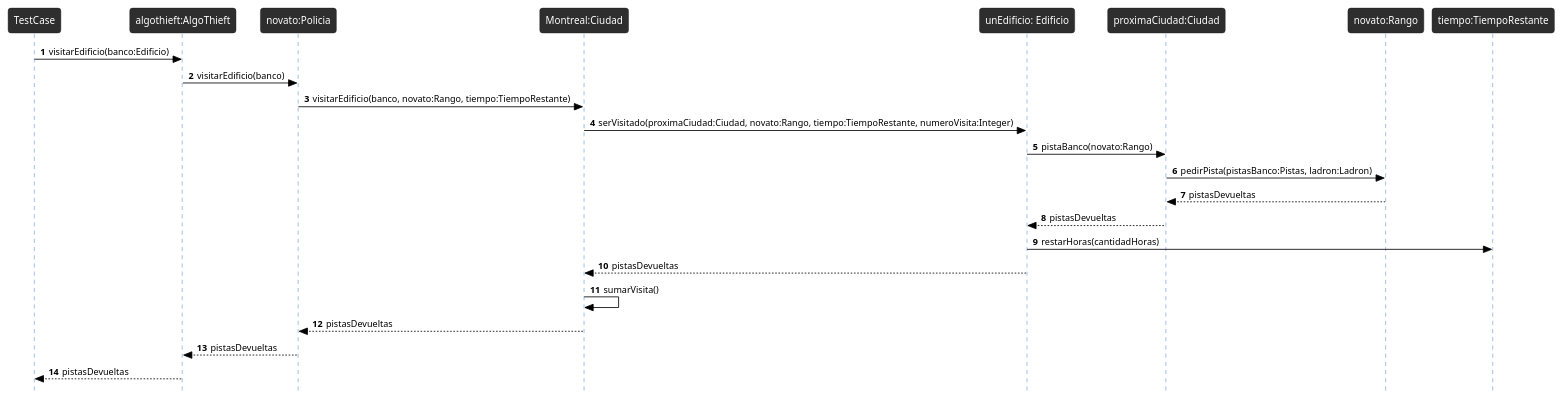
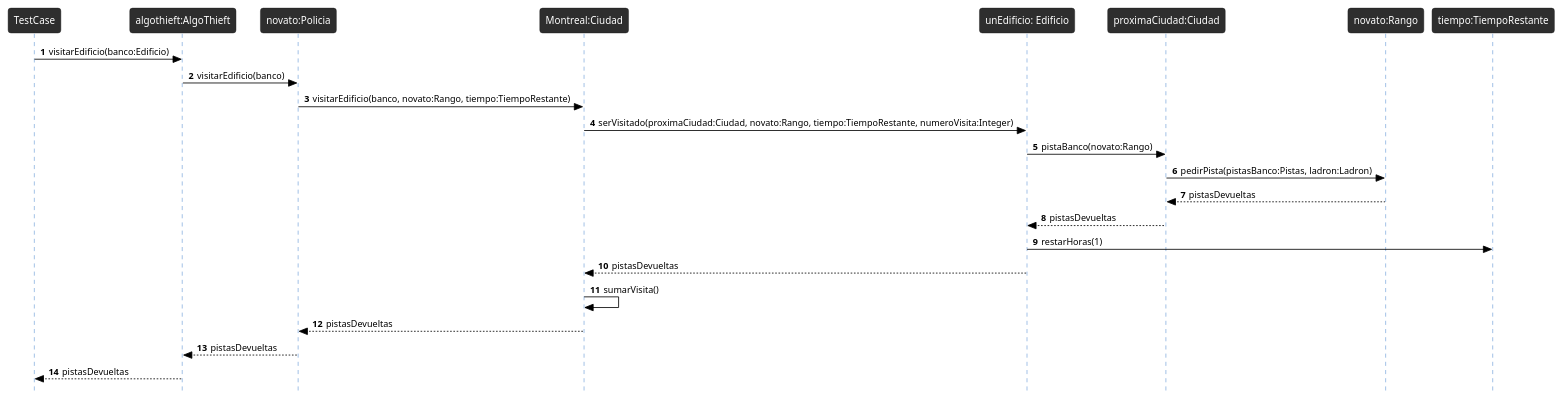
One commit to avilagaston9/algo3_tp2 changed the diagram in docs/Diagramas/Secuencia/caso1-1-1.plantuml. Above: the diagram before and after it, drawn with PlantUML. The commit also changed 5 other files, not shown here.

Commit message:
diagramas de secuencia actualizados

```diff
--- a/docs/Diagramas/Secuencia/caso1-1-1.plantuml
+++ b/docs/Diagramas/Secuencia/caso1-1-1.plantuml
@@ -1,39 +1,39 @@
 @startuml
 
 !theme reddress-darkblue
 autonumber
 skinparam style strictuml
 skinparam BackGroundColor white
 skinparam RoundCorner 7
 skinparam SequenceGroupFontColor black
 skinparam SequenceGroupBorderColor black
 skinparam SequenceGroupBorderThickness 0.5
 skinparam ArrowFontColor black
 skinparam ArrowColor black
 skinparam ActorFontColor black
 skinparam participantFontSize 12
 skinparam SequenceLifeLineBackGroundColor 2e2e2e
 
 TestCase -> "algothieft:AlgoThieft" as algothieft: visitarEdificio(banco:Edificio)
 algothieft -> "novato:Policia" as unPolicia: visitarEdificio(banco)
 
 unPolicia -> "Montreal:Ciudad" as montreal : visitarEdificio(banco, novato:Rango, tiempo:TiempoRestante)
 
 montreal ->"unEdificio: Edificio" as edificio: serVisitado(proximaCiudad:Ciudad, novato:Rango, tiempo:TiempoRestante, numeroVisita:Integer)
 edificio -> "proximaCiudad:Ciudad" as proximaCiudad : pistaBanco(novato:Rango)
 proximaCiudad -> "novato:Rango" as rango : pedirPista(pistasBanco:Pistas, ladron:Ladron)
 
 rango --> proximaCiudad: pistasDevueltas
 proximaCiudad -->edificio : pistasDevueltas
 
 
-edificio -> "tiempo:TiempoRestante" as tiempo: restarHoras(cantidadHoras)
+edificio -> "tiempo:TiempoRestante" as tiempo: restarHoras(1)
 
 montreal <-- edificio: pistasDevueltas
 montreal -> montreal : sumarVisita()
 unPolicia <-- montreal: pistasDevueltas
 unPolicia --> algothieft: pistasDevueltas
 
 TestCase <-- algothieft: pistasDevueltas
 
 @enduml
```
